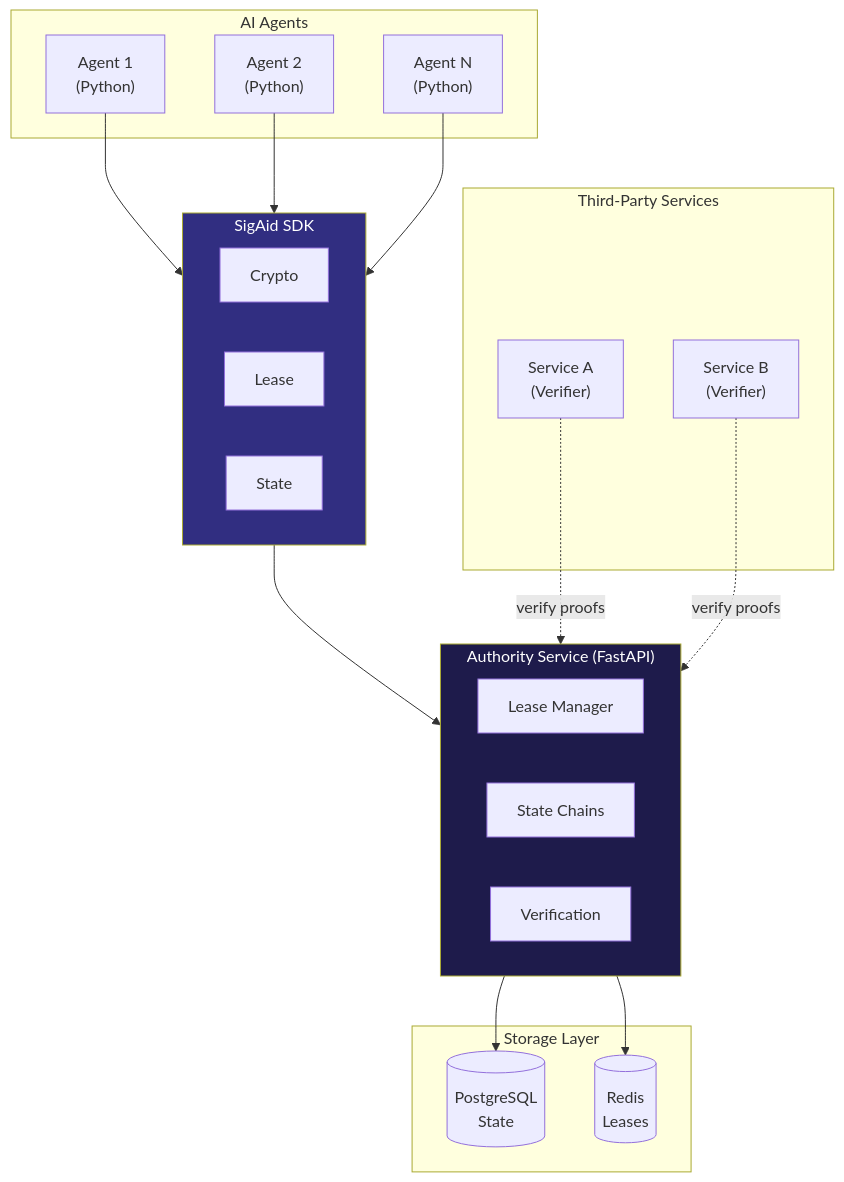
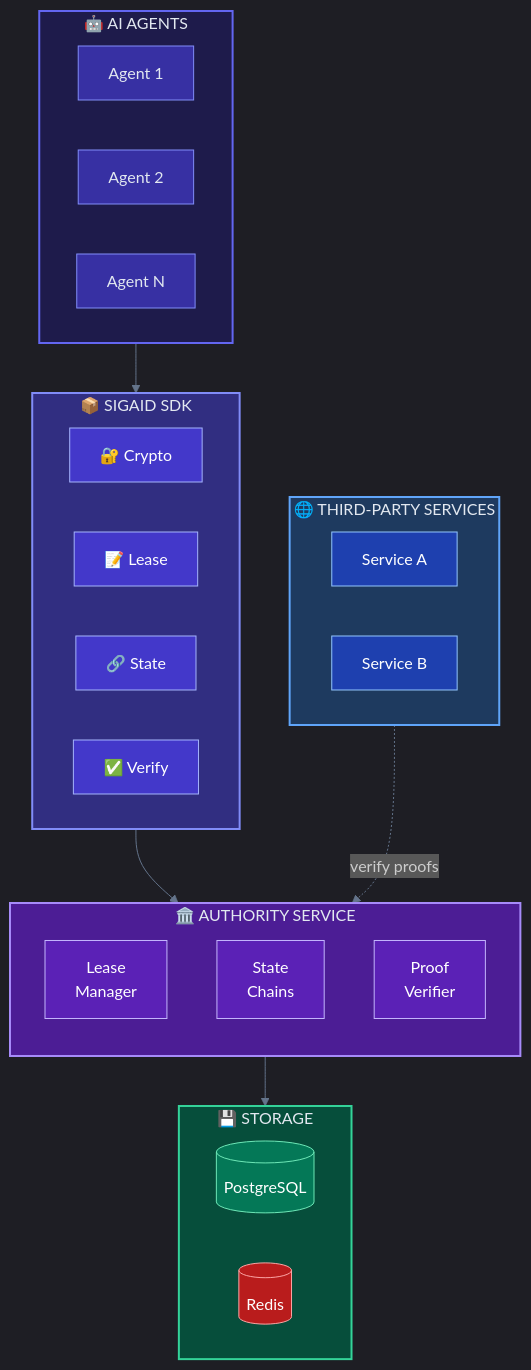
Before and after one commit to trustorno/sigaid: the second of 7 diagrams in README.md, drawn with Mermaid. The commit also changed other lines of this file, not shown here.

Commit message:
Enhance README with polished dark-themed Mermaid diagrams

````diff
--- a/README.md
+++ b/README.md
@@ -44,39 +58,63 @@
 ```mermaid
+%%{init: {'theme': 'dark', 'themeVariables': { 'primaryColor': '#6366f1', 'primaryTextColor': '#fff', 'lineColor': '#64748b', 'fontFamily': 'ui-monospace, monospace'}}}%%
 flowchart TB
-    subgraph Agents["AI Agents"]
-        A1["Agent 1<br/>(Python)"]
-        A2["Agent 2<br/>(Python)"]
-        A3["Agent N<br/>(Python)"]
+    subgraph AGENTS["🤖 AI AGENTS"]
+        direction LR
+        A1["Agent 1"]
+        A2["Agent 2"]
+        A3["Agent N"]
     end
 
-    subgraph SDK["SigAid SDK"]
+    subgraph SDK["📦 SIGAID SDK"]
         direction LR
-        SDK1["Crypto"]
-        SDK2["Lease"]
-        SDK3["State"]
+        S1["🔐 Crypto"]
+        S2["📝 Lease"]
+        S3["🔗 State"]
+        S4["✅ Verify"]
     end
 
-    subgraph Authority["Authority Service (FastAPI)"]
-        LM["Lease Manager"]
-        SC["State Chains"]
-        VM["Verification"]
+    subgraph AUTHORITY["🏛️ AUTHORITY SERVICE"]
+        direction TB
+        AU1["Lease<br/>Manager"]
+        AU2["State<br/>Chains"]
+        AU3["Proof<br/>Verifier"]
     end
 
-    subgraph Storage["Storage Layer"]
-        PG[("PostgreSQL<br/>State")]
-        RD[("Redis<br/>Leases")]
+    subgraph STORAGE["💾 STORAGE"]
+        direction LR
+        DB[("PostgreSQL")]
+        RD[("Redis")]
     end
 
-    subgraph Verifiers["Third-Party Services"]
-        V1["Service A<br/>(Verifier)"]
-        V2["Service B<br/>(Verifier)"]
+    subgraph SERVICES["🌐 THIRD-PARTY SERVICES"]
+        direction LR
+        V1["Service A"]
+        V2["Service B"]
     end
 
-    A1 & A2 & A3 --> SDK
-    SDK --> Authority
-    Authority --> PG & RD
-    V1 & V2 -.->|"verify proofs"| Authority
+    AGENTS --> SDK
+    SDK --> AUTHORITY
+    AUTHORITY --> STORAGE
+    SERVICES -.->|"verify proofs"| AUTHORITY
 
-    style Authority fill:#1e1b4b,color:#fff
-    style SDK fill:#312e81,color:#fff
+    style AGENTS fill:#1e1b4b,stroke:#6366f1,stroke-width:2px,color:#e2e8f0
+    style SDK fill:#312e81,stroke:#818cf8,stroke-width:2px,color:#e2e8f0
+    style AUTHORITY fill:#4c1d95,stroke:#a78bfa,stroke-width:2px,color:#e2e8f0
+    style STORAGE fill:#064e3b,stroke:#34d399,stroke-width:2px,color:#e2e8f0
+    style SERVICES fill:#1e3a5f,stroke:#60a5fa,stroke-width:2px,color:#e2e8f0
+
+    style A1 fill:#3730a3,stroke:#818cf8,color:#e2e8f0
+    style A2 fill:#3730a3,stroke:#818cf8,color:#e2e8f0
+    style A3 fill:#3730a3,stroke:#818cf8,color:#e2e8f0
+    style S1 fill:#4338ca,stroke:#a5b4fc,color:#fff
+    style S2 fill:#4338ca,stroke:#a5b4fc,color:#fff
+    style S3 fill:#4338ca,stroke:#a5b4fc,color:#fff
+    style S4 fill:#4338ca,stroke:#a5b4fc,color:#fff
+    style AU1 fill:#5b21b6,stroke:#c4b5fd,color:#fff
+    style AU2 fill:#5b21b6,stroke:#c4b5fd,color:#fff
+    style AU3 fill:#5b21b6,stroke:#c4b5fd,color:#fff
+    style DB fill:#047857,stroke:#6ee7b7,color:#fff
+    style RD fill:#b91c1c,stroke:#fca5a5,color:#fff
+    style V1 fill:#1e40af,stroke:#93c5fd,color:#fff
+    style V2 fill:#1e40af,stroke:#93c5fd,color:#fff
 ```
````
